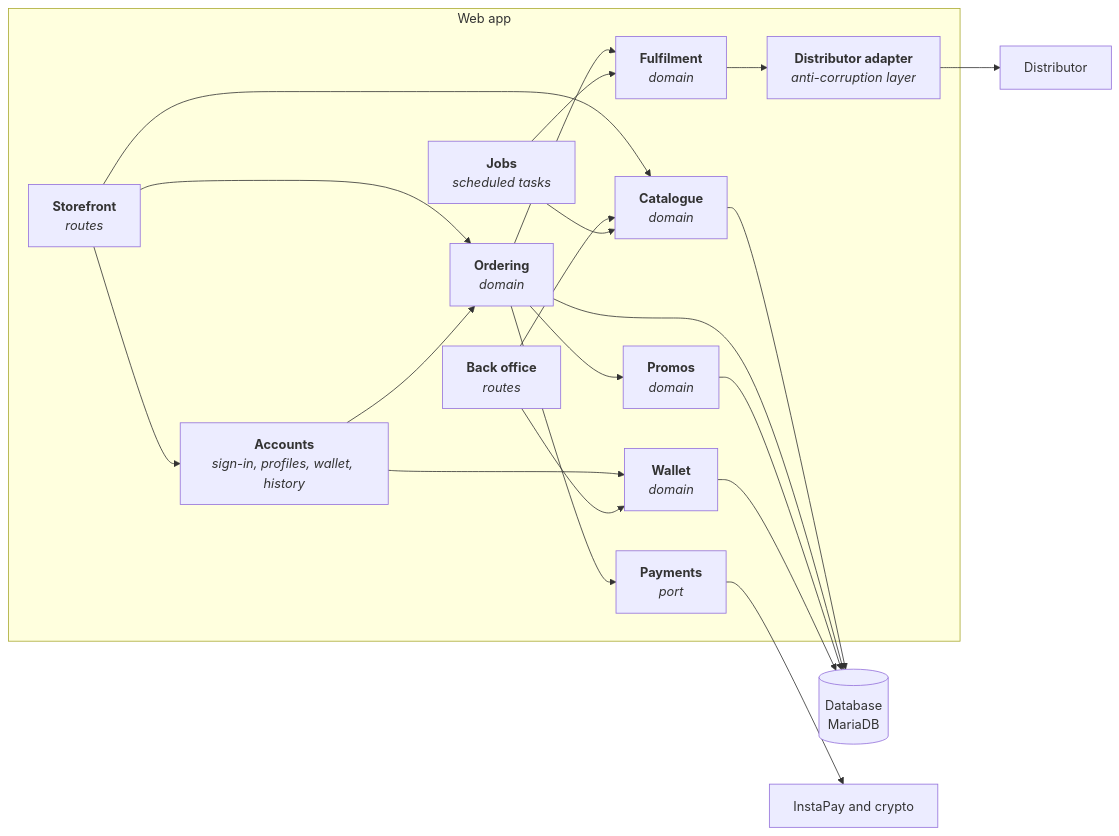
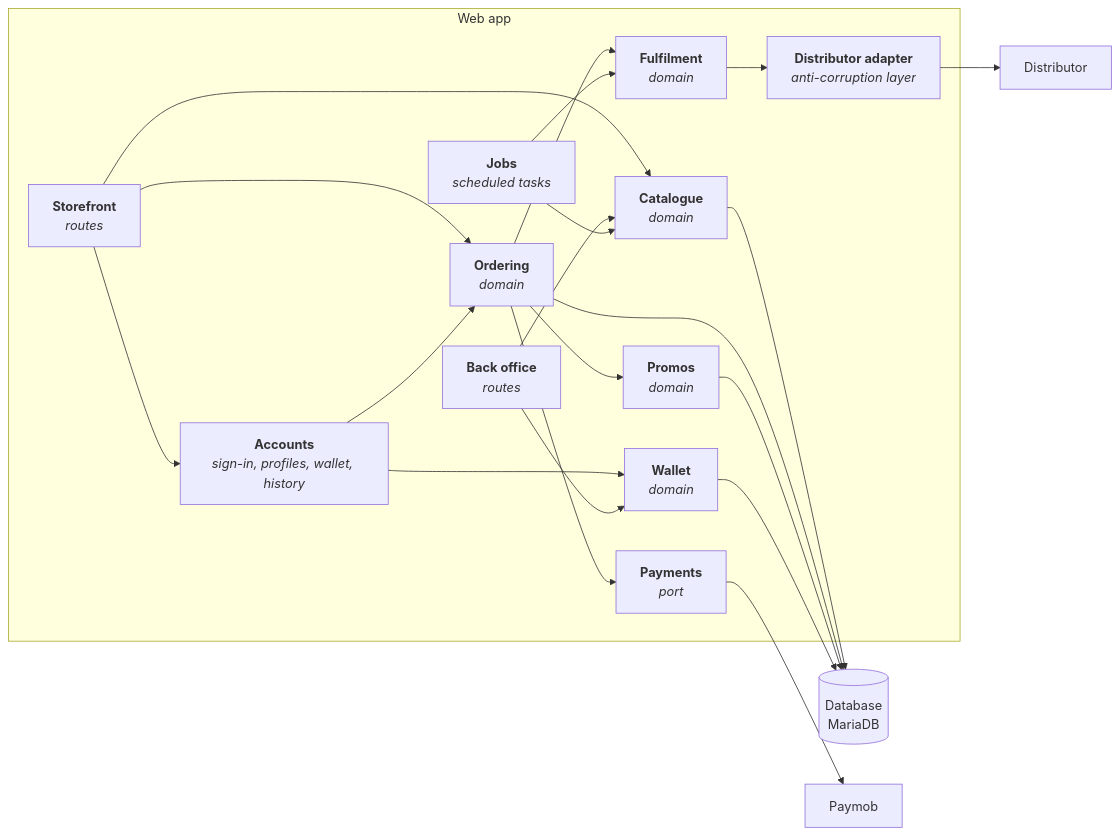
The diagram in docs/02-architecture/04-components.md (lawaty/67-Store), drawn with Mermaid before and after one commit. The commit also changed 332 other files, not shown here.

````diff
--- a/docs/02-architecture/04-components.md
+++ b/docs/02-architecture/04-components.md
@@ -13,38 +13,38 @@
 ```mermaid
 flowchart LR
   subgraph web["Web app"]
     SF["<b>Storefront</b><br/><i>routes</i>"]
     AC["<b>Accounts</b><br/><i>sign-in, profiles, wallet, history</i>"]
     AD["<b>Back office</b><br/><i>routes</i>"]
     CAT["<b>Catalogue</b><br/><i>domain</i>"]
     ORD["<b>Ordering</b><br/><i>domain</i>"]
     PAY["<b>Payments</b><br/><i>port</i>"]
     FUL["<b>Fulfilment</b><br/><i>domain</i>"]
     PR["<b>Promos</b><br/><i>domain</i>"]
     WA["<b>Wallet</b><br/><i>domain</i>"]
     JOB["<b>Jobs</b><br/><i>scheduled tasks</i>"]
     GAD["<b>Distributor adapter</b><br/><i>anti-corruption layer</i>"]
   end
   DB[("Database<br/>MariaDB")]
-  PM["InstaPay and crypto"]
+  PM["Paymob"]
   G["Distributor"]
   SF --> CAT
   SF --> AC
   SF --> ORD
   AC --> ORD
   AC --> WA
   AD --> CAT
   AD --> WA
   ORD --> PR
   ORD --> PAY
   ORD --> FUL
   PAY --> PM
   FUL --> GAD
   GAD --> G
   JOB --> CAT
   JOB --> FUL
   CAT --> DB
   ORD --> DB
   PR --> DB
   WA --> DB
 ```
````
